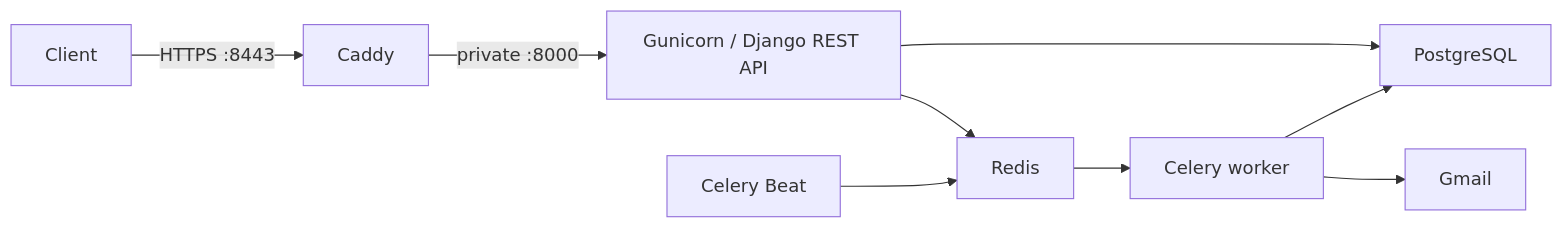
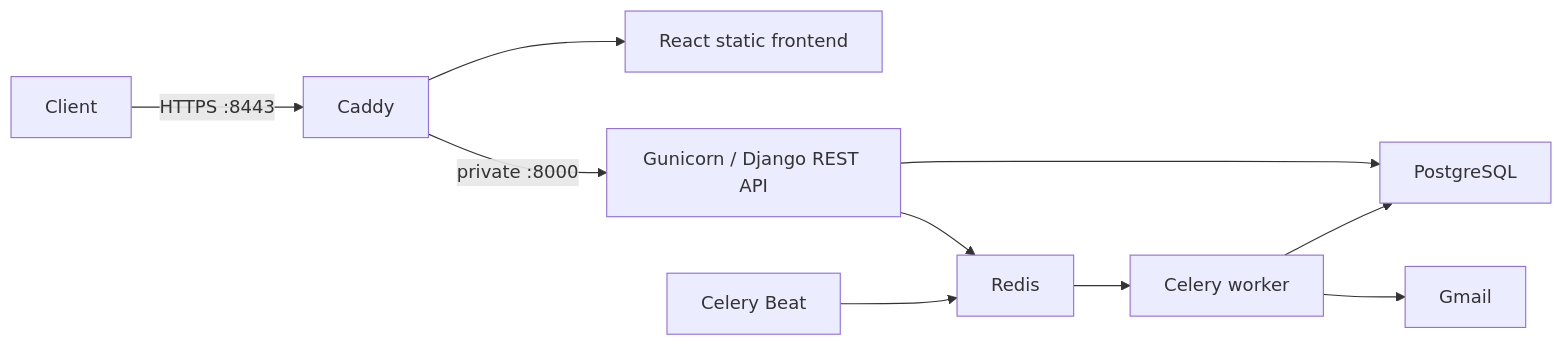
The diagram in README.md (Tapan48/event_ticket_booking_api), drawn with Mermaid before and after one commit. The commit also changed other lines of this file and 3 other files, not shown here.

````diff
--- a/README.md
+++ b/README.md
@@ -18,11 +18,12 @@
 ```mermaid
 flowchart LR
     Client -->|HTTPS :8443| Caddy
+    Caddy --> SPA[React static frontend]
     Caddy -->|private :8000| API[Gunicorn / Django REST API]
     API --> PostgreSQL
     API --> Redis
     Beat[Celery Beat] --> Redis
     Redis --> Worker[Celery worker]
     Worker --> PostgreSQL
     Worker --> Gmail
 ```
````
